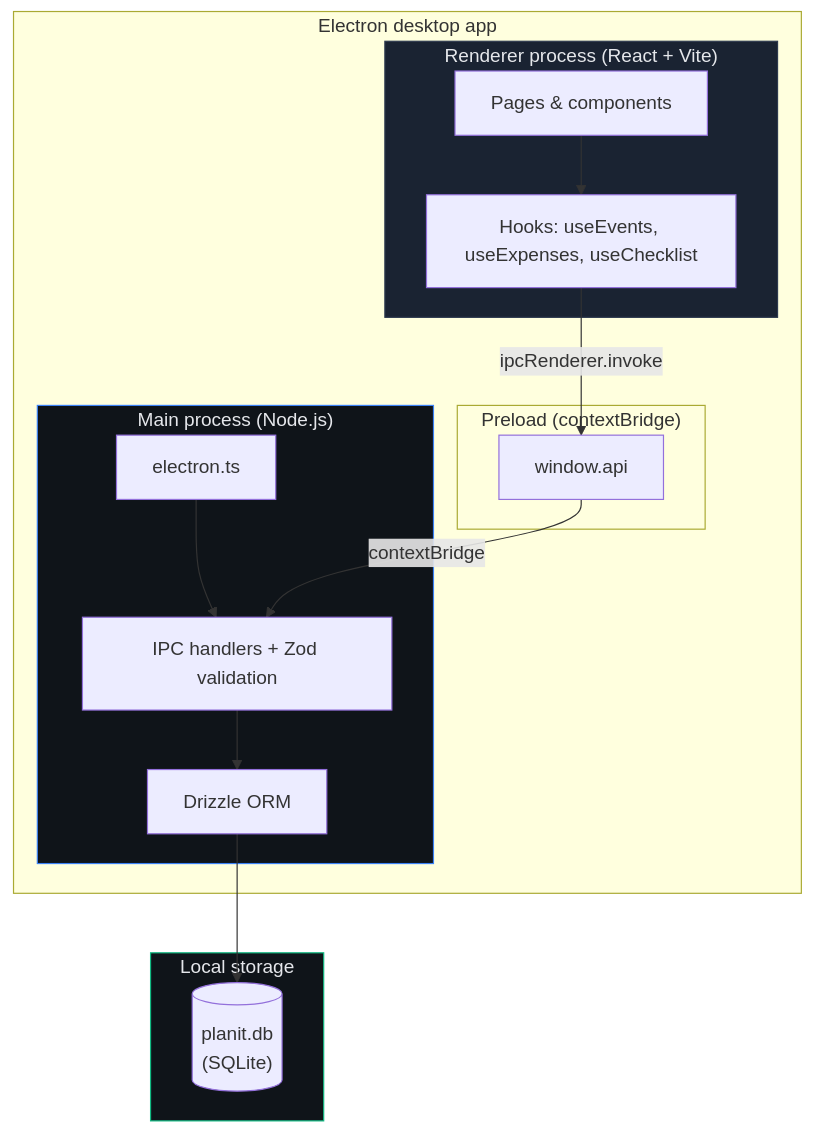
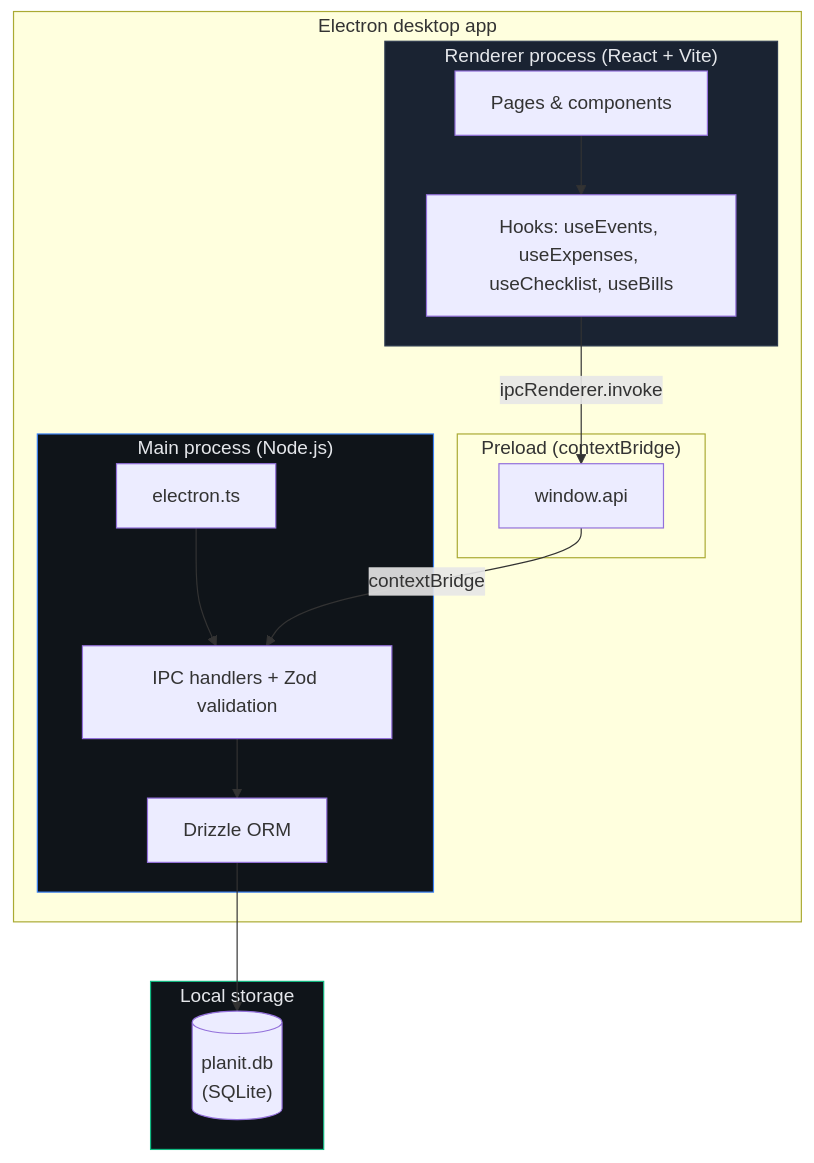
The first of 7 diagrams in ARCHITECTURE.md (BenMob/Planit), drawn with Mermaid before and after one commit. The commit also changed other lines of this file and 21 other files, not shown here.

````diff
--- a/ARCHITECTURE.md
+++ b/ARCHITECTURE.md
@@ -7,35 +7,35 @@
 ```mermaid
 flowchart TB
   subgraph Desktop["Electron desktop app"]
     subgraph Renderer["Renderer process (React + Vite)"]
       UI["Pages & components"]
-      Hooks["Hooks: useEvents, useExpenses, useChecklist"]
+      Hooks["Hooks: useEvents, useExpenses, useChecklist, useBills"]
       UI --> Hooks
     end
 
     subgraph Bridge["Preload (contextBridge)"]
       API["window.api"]
     end
 
     subgraph Main["Main process (Node.js)"]
       Electron["electron.ts"]
       IPC["IPC handlers + Zod validation"]
       DBLayer["Drizzle ORM"]
       Electron --> IPC
       IPC --> DBLayer
     end
 
     Hooks -->|"ipcRenderer.invoke"| API
     API -->|"contextBridge"| IPC
   end
 
   subgraph Storage["Local storage"]
     SQLite[("planit.db\n(SQLite)")]
   end
 
   DBLayer --> SQLite
 
   style Renderer fill:#1a2332,stroke:#2d3a4f,color:#e5e7eb
   style Main fill:#0f1419,stroke:#3b82f6,color:#e5e7eb
   style Storage fill:#0f1419,stroke:#10b981,color:#e5e7eb
 ```
````
